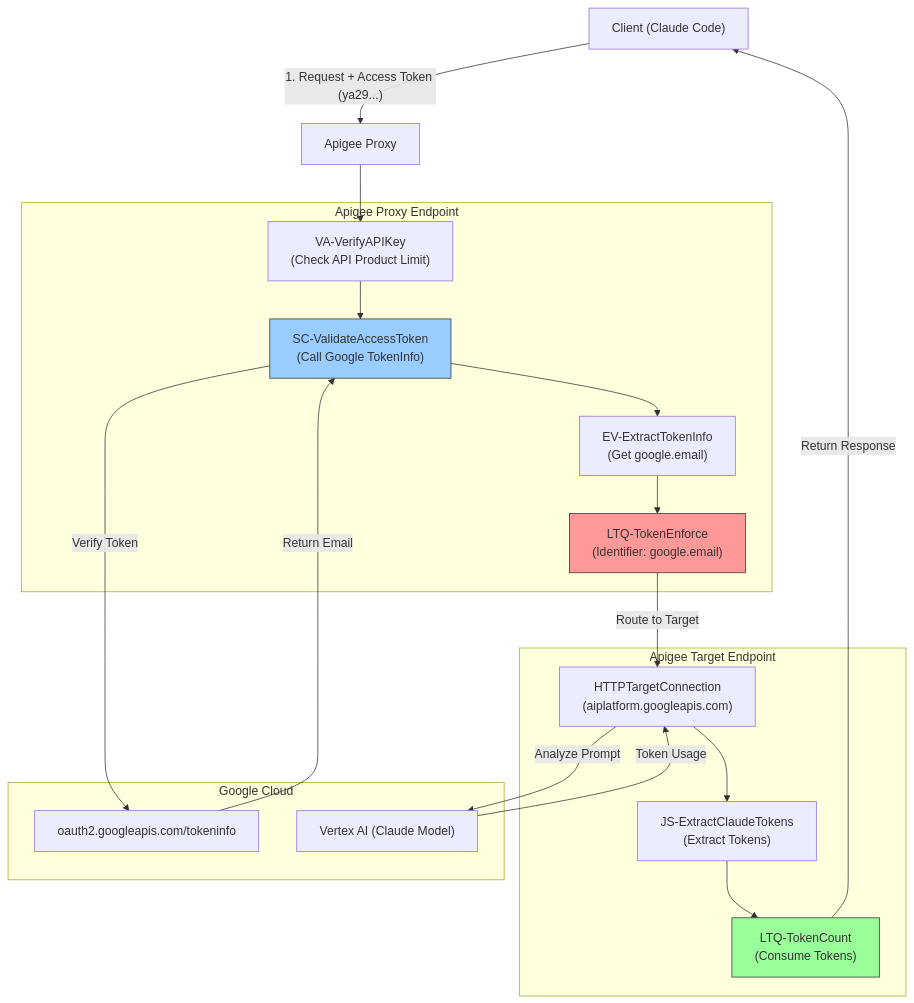
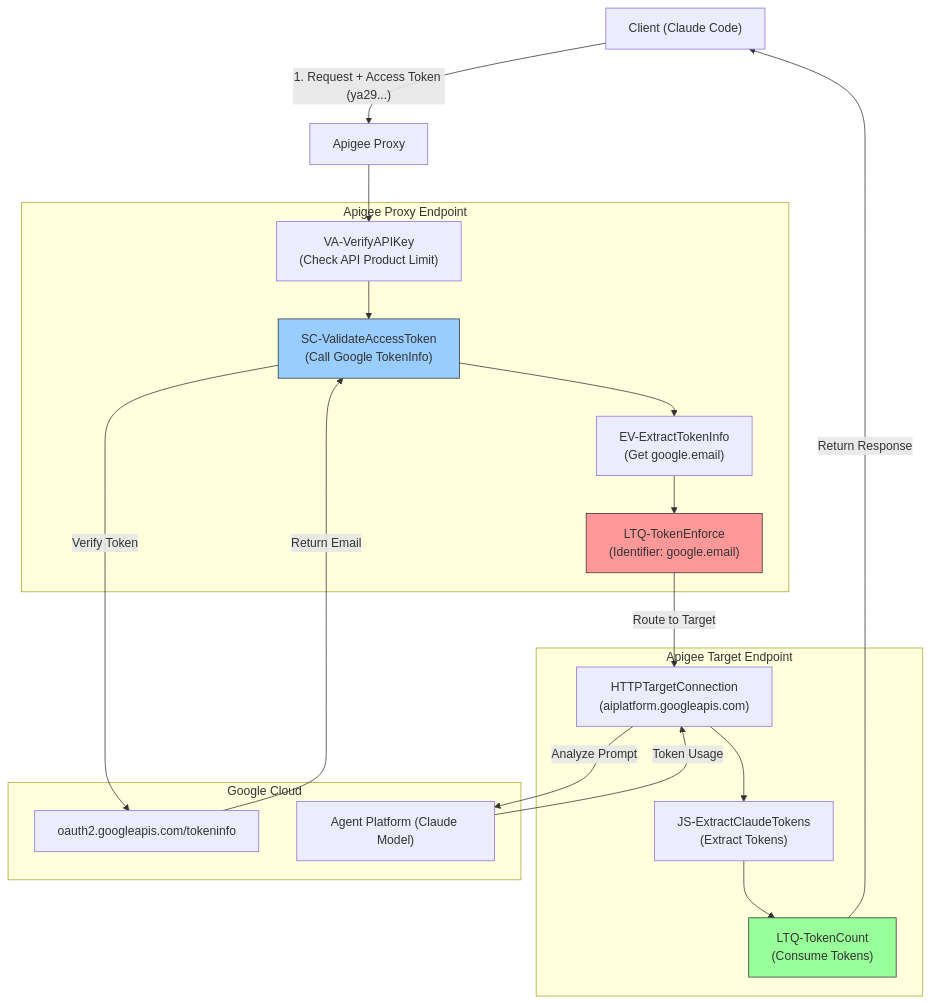
The diagram in README.md (sidkwon/apigee-llm-token-quota), drawn with Mermaid before and after one commit. The commit also changed other lines of this file and 2 other files, not shown here.

Commit message:
docs: fix proxy IAM permissions to user pass-through and update Vertex AI to Agent Platform

````diff
--- a/README.md
+++ b/README.md
@@ -29,41 +29,41 @@
 ```mermaid
 graph TD
     Client["Client (Claude Code)"] -->|"1. Request + Access Token (ya29...)"| Apigee[Apigee Proxy]
     
     subgraph "Apigee Proxy Endpoint"
         VA_Verify["VA-VerifyAPIKey<br/>(Check API Product Limit)"]
         SC_Validate["SC-ValidateAccessToken<br/>(Call Google TokenInfo)"]
         EV_Extract["EV-ExtractTokenInfo<br/>(Get google.email)"]
         LTQ_Enforce["LTQ-TokenEnforce<br/>(Identifier: google.email)"]
     end
     
     subgraph "Apigee Target Endpoint"
         Target["HTTPTargetConnection<br/>(aiplatform.googleapis.com)"]
         JS_Extract["JS-ExtractClaudeTokens<br/>(Extract Tokens)"]
         LTQ_Count["LTQ-TokenCount<br/>(Consume Tokens)"]
     end
     
     subgraph "Google Cloud"
         TokenInfo["oauth2.googleapis.com/tokeninfo"]
-        VertexAI["Vertex AI (Claude Model)"]
+        VertexAI["Agent Platform (Claude Model)"]
     end
 
     Apigee --> VA_Verify
     VA_Verify --> SC_Validate
     SC_Validate -->|"Verify Token"| TokenInfo
     TokenInfo -->|"Return Email"| SC_Validate
     SC_Validate --> EV_Extract
     EV_Extract --> LTQ_Enforce
     
     LTQ_Enforce -->|"Route to Target"| Target
     Target -->|"Analyze Prompt"| VertexAI
     VertexAI -->|"Token Usage"| Target
     
     Target --> JS_Extract
     JS_Extract --> LTQ_Count
     LTQ_Count -->|"Return Response"| Client
 
     style LTQ_Enforce fill:#ff9999,stroke:#333
     style LTQ_Count fill:#99ff99,stroke:#333
     style SC_Validate fill:#99ccff,stroke:#333
 ```
````
